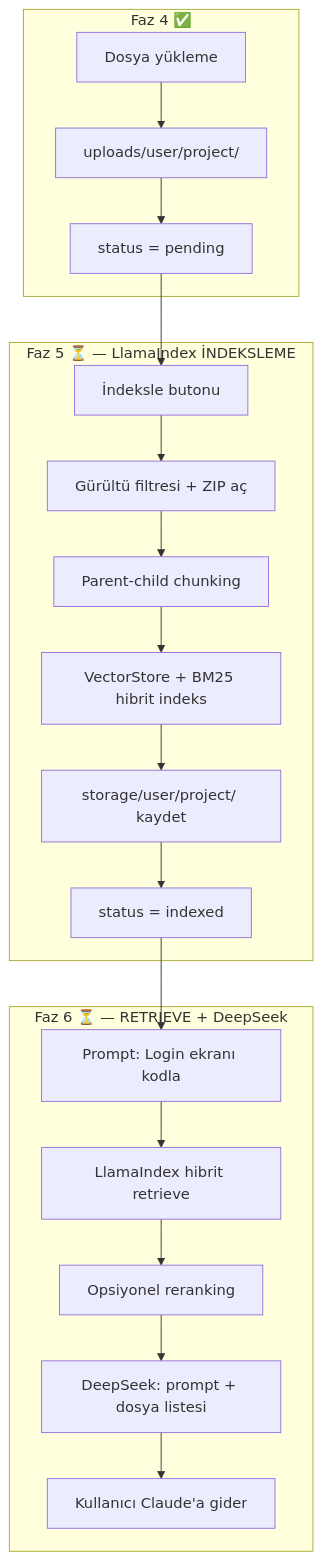
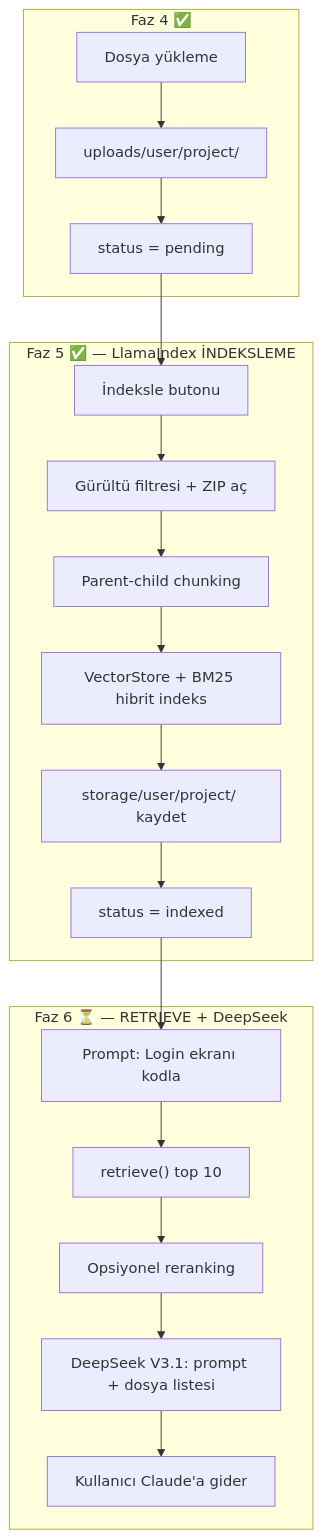
The diagram in cursor.md (eferecep/ContextCraft), drawn with Mermaid before and after one commit. The commit also changed other lines of this file and 13 other files, not shown here.

First line of the commit message:
Faz 5: LlamaIndex indeksleme tamamlandı ve dokümantasyon güncellendi.

````diff
--- a/cursor.md
+++ b/cursor.md
@@ -174,25 +224,25 @@
 ```mermaid
 flowchart TD
     subgraph faz4 ["Faz 4 ✅"]
         A1[Dosya yükleme] --> A2["uploads/user/project/"]
         A2 --> A3["status = pending"]
     end
 
-    subgraph faz5 ["Faz 5 ⏳ — LlamaIndex İNDEKSLEME"]
+    subgraph faz5 ["Faz 5 ✅ — LlamaIndex İNDEKSLEME"]
         B1[İndeksle butonu] --> B2[Gürültü filtresi + ZIP aç]
         B2 --> B3[Parent-child chunking]
         B3 --> B4[VectorStore + BM25 hibrit indeks]
         B4 --> B5["storage/user/project/ kaydet"]
         B5 --> B6["status = indexed"]
     end
 
     subgraph faz6 ["Faz 6 ⏳ — RETRIEVE + DeepSeek"]
-        C1["Prompt: Login ekranı kodla"] --> C2["LlamaIndex hibrit retrieve"]
+        C1["Prompt: Login ekranı kodla"] --> C2["retrieve() top 10"]
         C2 --> C3["Opsiyonel reranking"]
-        C3 --> C4["DeepSeek: prompt + dosya listesi"]
+        C3 --> C4["DeepSeek V3.1: prompt + dosya listesi"]
         C4 --> C5[Kullanıcı Claude'a gider]
     end
 
     A3 --> B1
     B6 --> C1
 ```
````
